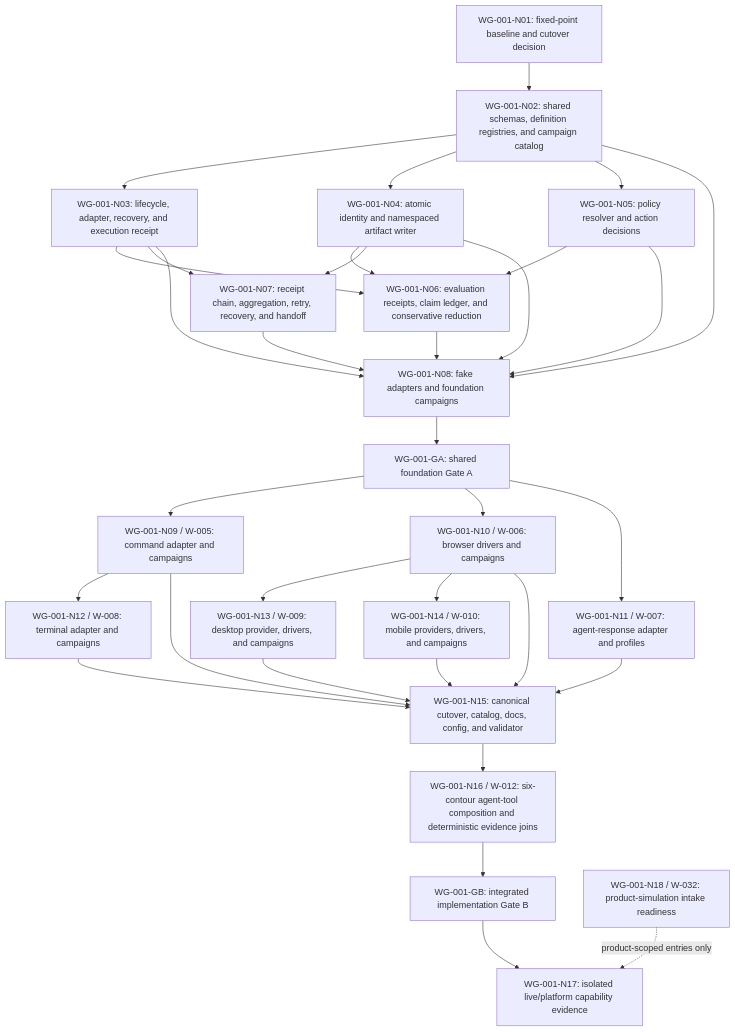
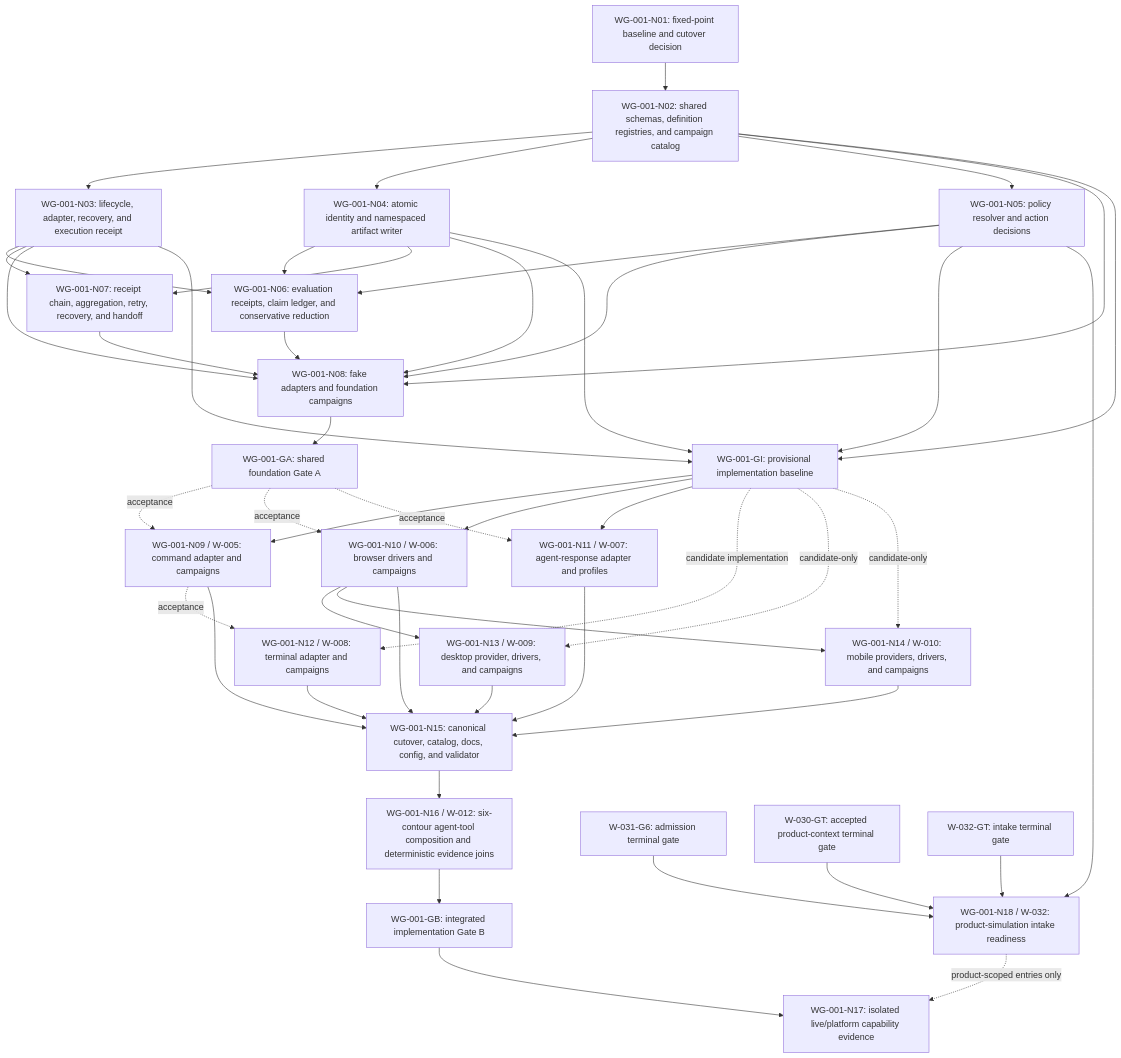
The diagram in docs/work/reports/2026-07-27-cross-surface-simulation-work-graph.md (oleksandr-rud/cascade-codex), drawn with Mermaid before and after one commit. The commit also changed other lines of this file and 347 other files, not shown here.

````diff
--- a/docs/work/reports/2026-07-27-cross-surface-simulation-work-graph.md
+++ b/docs/work/reports/2026-07-27-cross-surface-simulation-work-graph.md
@@ -138,60 +149,78 @@
 ```mermaid
 flowchart TD
     N01["WG-001-N01: fixed-point baseline and cutover decision"]
     N02["WG-001-N02: shared schemas, definition registries, and campaign catalog"]
     N03["WG-001-N03: lifecycle, adapter, recovery, and execution receipt"]
     N04["WG-001-N04: atomic identity and namespaced artifact writer"]
     N05["WG-001-N05: policy resolver and action decisions"]
     N06["WG-001-N06: evaluation receipts, claim ledger, and conservative reduction"]
     N07["WG-001-N07: receipt chain, aggregation, retry, recovery, and handoff"]
     N08["WG-001-N08: fake adapters and foundation campaigns"]
+    GI["WG-001-GI: provisional implementation baseline"]
     GA["WG-001-GA: shared foundation Gate A"]
 
     N09["WG-001-N09 / W-005: command adapter and campaigns"]
     N10["WG-001-N10 / W-006: browser drivers and campaigns"]
     N11["WG-001-N11 / W-007: agent-response adapter and profiles"]
     N12["WG-001-N12 / W-008: terminal adapter and campaigns"]
     N13["WG-001-N13 / W-009: desktop provider, drivers, and campaigns"]
     N14["WG-001-N14 / W-010: mobile providers, drivers, and campaigns"]
 
     N15["WG-001-N15: canonical cutover, catalog, docs, config, and validator"]
     N16["WG-001-N16 / W-012: six-contour agent-tool composition and deterministic evidence joins"]
     GB["WG-001-GB: integrated implementation Gate B"]
     N17["WG-001-N17: isolated live/platform capability evidence"]
     N18["WG-001-N18 / W-032: product-simulation intake readiness"]
+    W031G6["W-031-G6: admission terminal gate"]
+    W030GT["W-030-GT: accepted product-context terminal gate"]
+    W032GT["W-032-GT: intake terminal gate"]
 
     N01 --> N02
     N02 --> N03
     N02 --> N04
     N02 --> N05
     N03 --> N06
     N04 --> N06
     N05 --> N06
     N03 --> N07
     N04 --> N07
     N02 --> N08
     N03 --> N08
     N04 --> N08
     N05 --> N08
     N06 --> N08
     N07 --> N08
+    N02 --> GI
+    N03 --> GI
+    N04 --> GI
+    N05 --> GI
     N08 --> GA
 
-    GA --> N09
-    GA --> N10
-    GA --> N11
-    N09 --> N12
+    GI --> N09
+    GI --> N10
+    GI --> N11
+    GI -. "candidate implementation" .-> N12
+    GA -. "acceptance" .-> N09
+    GA -. "acceptance" .-> N10
+    GA -. "acceptance" .-> N11
+    N09 -. "acceptance" .-> N12
     N10 --> N13
     N10 --> N14
+    GI -. candidate-only .-> N13
+    GI -. candidate-only .-> N14
 
     N09 --> N15
     N10 --> N15
     N11 --> N15
     N12 --> N15
     N13 --> N15
     N14 --> N15
     N15 --> N16
     N16 --> GB
     GB --> N17
+    W031G6 --> N18
+    W030GT --> N18
+    N05 --> N18
+    W032GT --> N18
     N18 -. "product-scoped entries only" .-> N17
 ```
````
